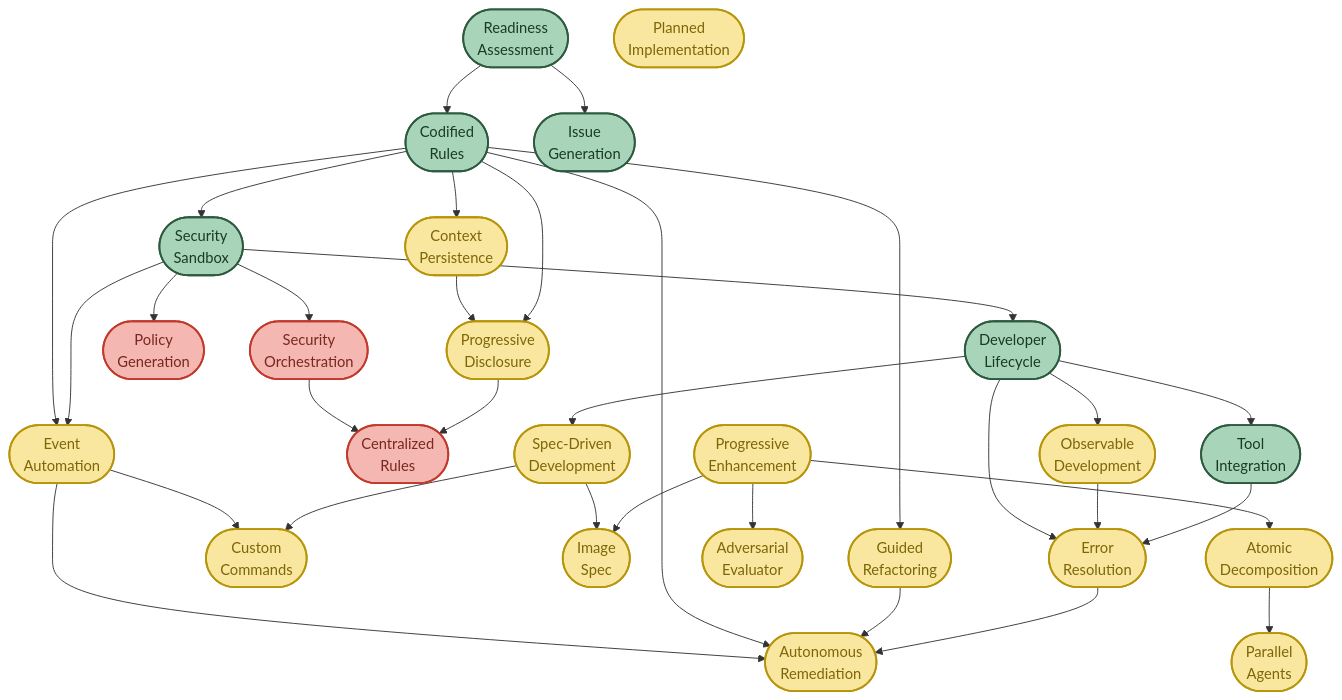
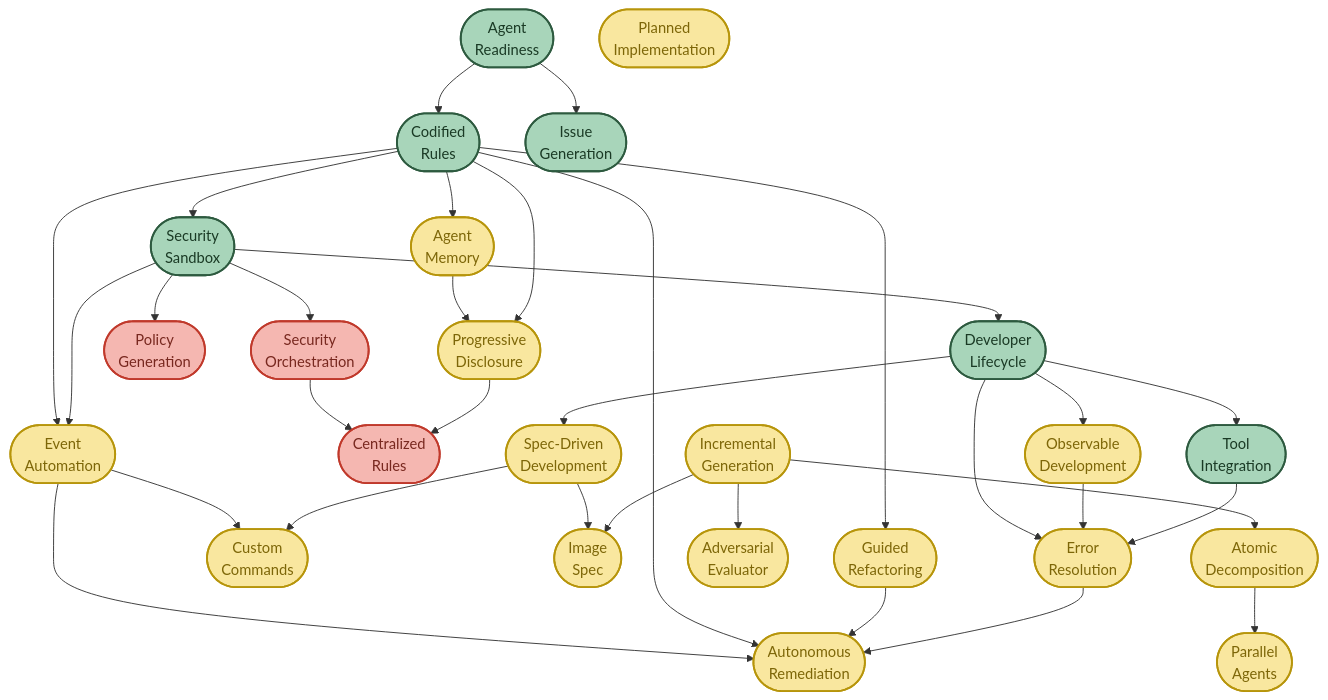
One commit to PaulDuvall/ai-development-patterns changed the first of 17 diagrams in README.md. Above: the diagram before and after it, drawn with Mermaid. The commit also changed other lines of this file and 46 other files, not shown here.

````diff
--- a/README.md
+++ b/README.md
@@ -16,79 +16,79 @@
 ```mermaid
 graph TB
     %% ROW 1: Foundation start (left to right)
-    RA([Readiness<br/>Assessment]) --> CR([Codified<br/>Rules])
+    RDY([Agent<br/>Readiness]) --> CR([Codified<br/>Rules])
     CR --> SS([Security<br/>Sandbox])
     SS --> DL([Developer<br/>Lifecycle])
     DL --> TI([Tool<br/>Integration])
 
     %% ROW 2: Operations & branches (loops back)
     SS --> SO([Security<br/>Orchestration])
     SS --> PG([Policy<br/>Generation])
     SO --> CZR([Centralized<br/>Rules])
 
     %% ROW 3: Development patterns (flows forward again)
     DL --> OD([Observable<br/>Development])
     DL --> SD([Spec-Driven<br/>Development])
     CR --> GR([Guided<br/>Refactoring])
-    CR --> CP([Context<br/>Persistence])
-    RA --> IG([Issue<br/>Generation])
+    CR --> AM([Agent<br/>Memory])
+    RDY --> IG([Issue<br/>Generation])
     CR --> EA([Event<br/>Automation])
     SS --> EA
     EA --> CC([Custom<br/>Commands])
     SD --> CC
-    CP --> PD([Progressive<br/>Disclosure])
+    AM --> PD([Progressive<br/>Disclosure])
     CR --> PD
     SD --> IS([Image<br/>Spec])
     PD --> CZR
 
     %% ROW 4: Development chain
-    PE([Progressive<br/>Enhancement]) --> AD([Atomic<br/>Decomposition])
+    INCR([Incremental<br/>Generation]) --> AD([Atomic<br/>Decomposition])
     AD --> PA([Parallel<br/>Agents])
-    PE --> IS
+    INCR --> IS
 
     %% ROW 5: Additional development patterns
-    PE --> AE([Adversarial<br/>Evaluator])
+    INCR --> AE([Adversarial<br/>Evaluator])
     DL --> ER([Error<br/>Resolution])
     OD --> ER
     TI --> ER
     EA --> AR([Autonomous<br/>Remediation])
     CR --> AR
     GR --> AR
     ER --> AR
     PI([Planned<br/>Implementation])
 
     %% STYLING
     classDef foundation fill:#a8d5ba,stroke:#2d5a3f,stroke-width:2px,color:#1a3a25
     classDef development fill:#f9e79f,stroke:#b7950b,stroke-width:2px,color:#7d6608
     classDef operations fill:#f5b7b1,stroke:#c0392b,stroke-width:2px,color:#78281f
 
-    class RA,CR,SS,DL,TI,IG foundation
-    class PE,SD,AD,PA,OD,GR,EA,CC,PD,IS,CP,AE,ER,PI,AR development
+    class RDY,CR,SS,DL,TI,IG foundation
+    class INCR,SD,AD,PA,OD,GR,EA,CC,PD,IS,AM,AE,ER,PI,AR development
     class PG,SO,CZR operations
 
     %% CLICKABLE LINKS
-    click RA "https://github.com/PaulDuvall/ai-development-patterns#readiness-assessment"
+    click RDY "https://github.com/PaulDuvall/ai-development-patterns#agent-readiness"
     click CR "https://github.com/PaulDuvall/ai-development-patterns#codified-rules"
     click SS "https://github.com/PaulDuvall/ai-development-patterns#security-sandbox"
     click DL "https://github.com/PaulDuvall/ai-development-patterns#developer-lifecycle"
     click TI "https://github.com/PaulDuvall/ai-development-patterns#tool-integration"
     click IG "https://github.com/PaulDuvall/ai-development-patterns#issue-generation"
-    click CP "https://github.com/PaulDuvall/ai-development-patterns#context-persistence"
-    click PE "https://github.com/PaulDuvall/ai-development-patterns#progressive-enhancement"
+    click AM "https://github.com/PaulDuvall/ai-development-patterns#agent-memory"
+    click INCR "https://github.com/PaulDuvall/ai-development-patterns#incremental-generation"
     click SD "https://github.com/PaulDuvall/ai-development-patterns#spec-driven-development"
     click AD "https://github.com/PaulDuvall/ai-development-patterns#atomic-decomposition"
     click PA "https://github.com/PaulDuvall/ai-development-patterns#parallel-agents"
     click OD "https://github.com/PaulDuvall/ai-development-patterns#observable-development"
     click GR "https://github.com/PaulDuvall/ai-development-patterns#guided-refactoring"
     click EA "https://github.com/PaulDuvall/ai-development-patterns#event-automation"
     click CC "https://github.com/PaulDuvall/ai-development-patterns#custom-commands"
     click PD "https://github.com/PaulDuvall/ai-development-patterns#progressive-disclosure"
     click IS "https://github.com/PaulDuvall/ai-development-patterns#image-spec"
     click PG "https://github.com/PaulDuvall/ai-development-patterns#policy-generation"
     click SO "https://github.com/PaulDuvall/ai-development-patterns#security-orchestration"
     click CZR "https://github.com/PaulDuvall/ai-development-patterns#centralized-rules"
     click PI "https://github.com/PaulDuvall/ai-development-patterns#planned-implementation"
     click AE "https://github.com/PaulDuvall/ai-development-patterns#adversarial-evaluator"
     click ER "https://github.com/PaulDuvall/ai-development-patterns#error-resolution"
     click AR "https://github.com/PaulDuvall/ai-development-patterns#autonomous-remediation"
 ```
````
